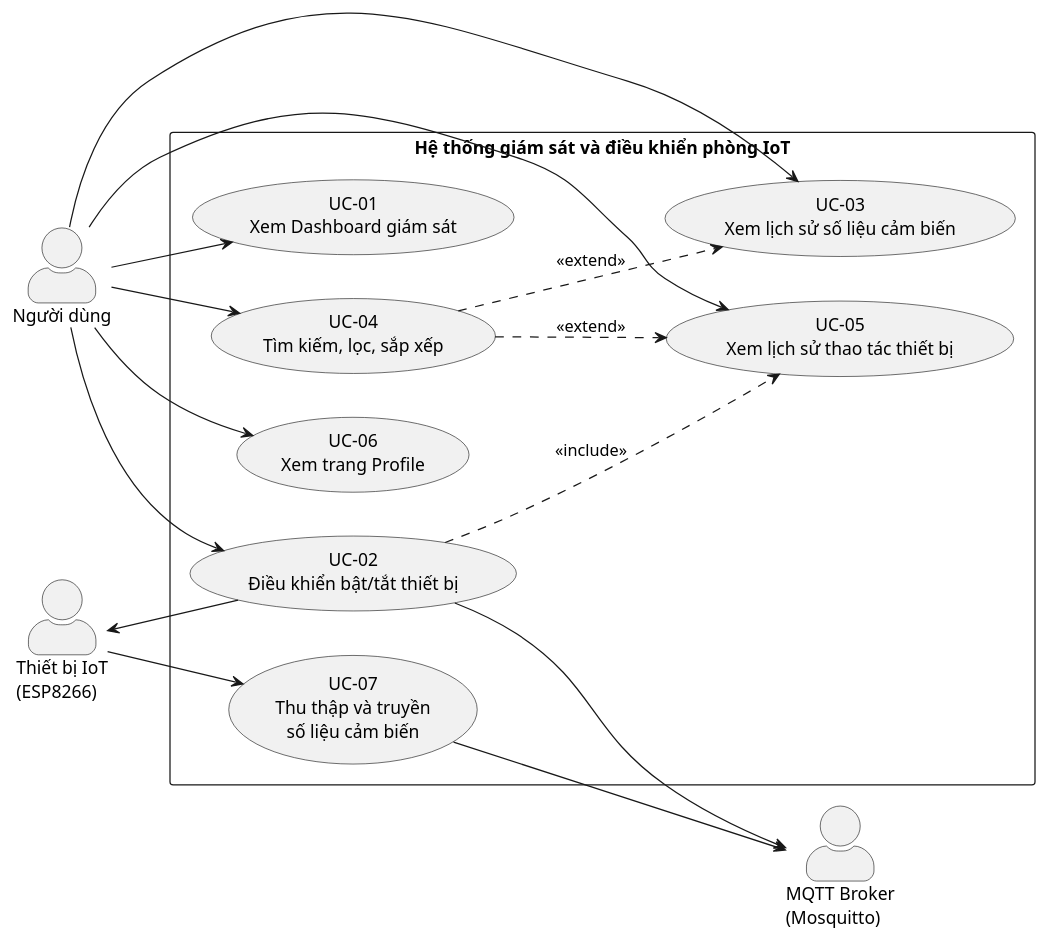
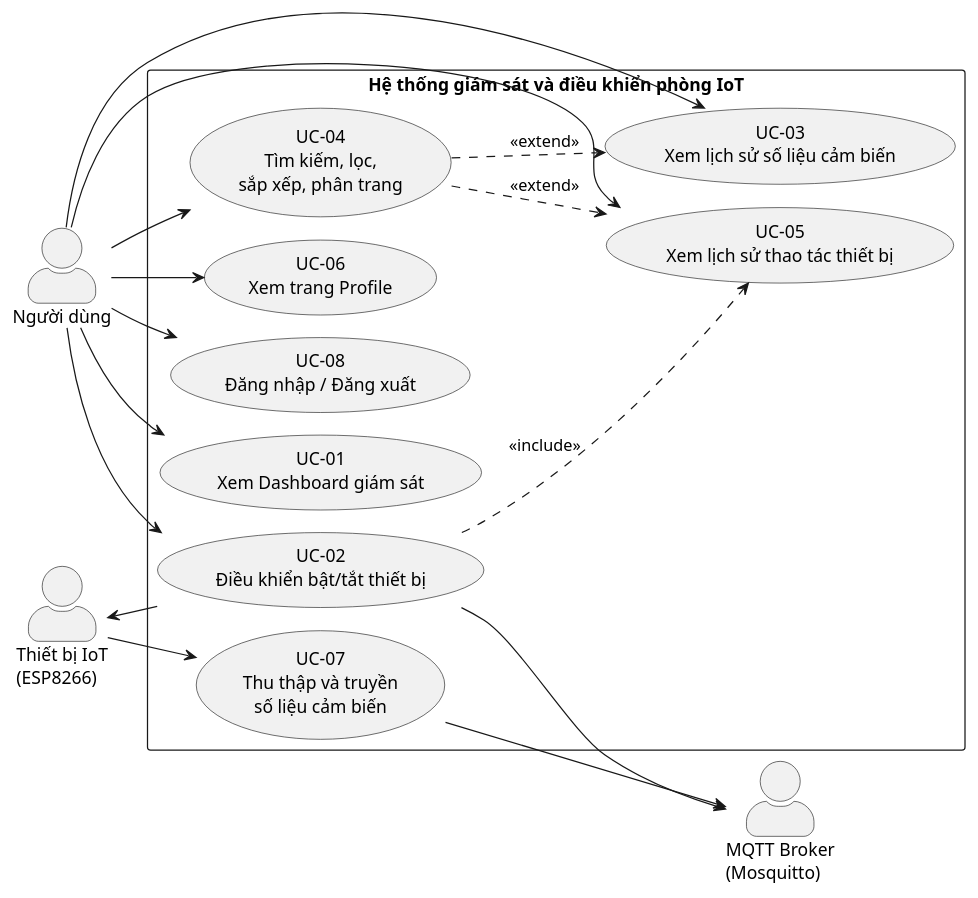
One commit to B23DCAT011/IOT changed the first of 2 diagrams in docs/02-UseCase.md. Above: the diagram before and after it, drawn with PlantUML. The commit also changed other lines of this file and 13 other files, not shown here.

First line of the commit message:
docs: đồng bộ sơ đồ với code thật, xuất lại ảnh sơ đồ

````diff
--- a/docs/02-UseCase.md
+++ b/docs/02-UseCase.md
@@ -56,40 +56,47 @@
 ```plantuml
 @startuml UseCaseDiagram
 left to right direction
 skinparam packageStyle rectangle
 skinparam actorStyle awesome
 skinparam shadowing false
+' Ảnh dựng bằng bộ dàn trang Smetana có sẵn của PlantUML (máy không cài Graphviz). Smetana tính khung ảnh
+' thiếu phần đường cong phía trên, làm hai đường tới UC-03, UC-05 bị cắt → tiêu đề trắng để chừa lề trên.
+!pragma layout smetana
+skinparam titleFontColor white
+title .
 
 actor "Người dùng" as User
 actor "Thiết bị IoT\n(ESP8266)" as IoT
 actor "MQTT Broker\n(Mosquitto)" as Broker
 
 rectangle "Hệ thống giám sát và điều khiển phòng IoT" {
 
   usecase "UC-01\nXem Dashboard giám sát" as UC01
   usecase "UC-02\nĐiều khiển bật/tắt thiết bị" as UC02
   usecase "UC-03\nXem lịch sử số liệu cảm biến" as UC03
-  usecase "UC-04\nTìm kiếm, lọc, sắp xếp" as UC04
+  usecase "UC-04\nTìm kiếm, lọc,\nsắp xếp, phân trang" as UC04
   usecase "UC-05\nXem lịch sử thao tác thiết bị" as UC05
   usecase "UC-06\nXem trang Profile" as UC06
   usecase "UC-07\nThu thập và truyền\nsố liệu cảm biến" as UC07
+  usecase "UC-08\nĐăng nhập / Đăng xuất" as UC08
 
   UC04 ..> UC03 : <<extend>>
   UC04 ..> UC05 : <<extend>>
   UC02 ..> UC05 : <<include>>
 }
 
 User --> UC01
 User --> UC02
 User --> UC03
 User --> UC04
 User --> UC05
 User --> UC06
+User --> UC08
 
 IoT --> UC07
 UC07 --> Broker
 UC02 --> Broker
 UC02 --> IoT
 
 @enduml
 ```
````
